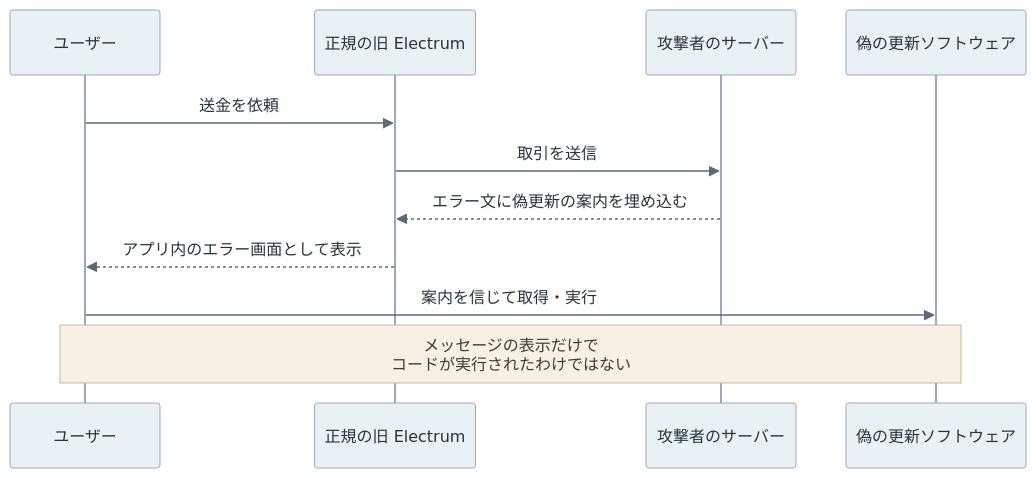
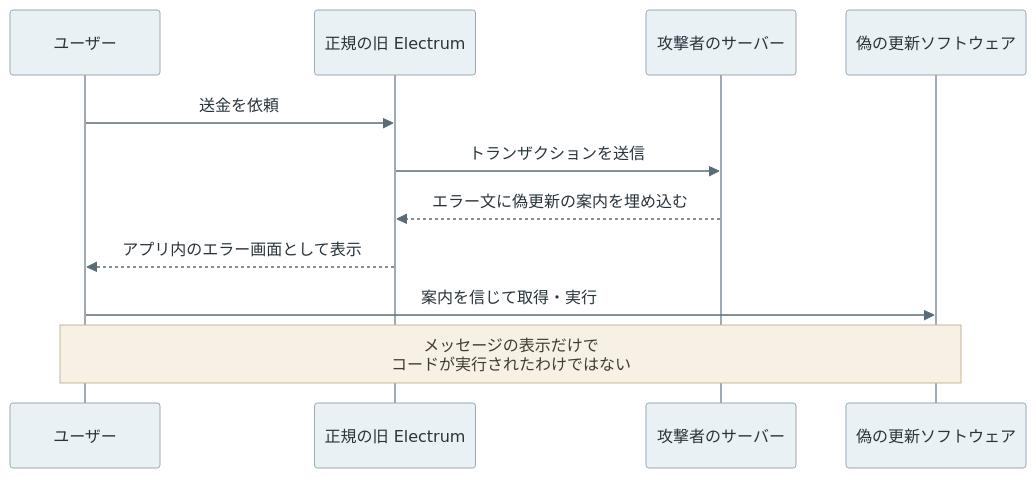
Diagram 11 of 14 in content/notes/blockchain-systems/wallet/index.md (nao1215/debimate), drawn with Mermaid before and after one commit. The commit also changed other lines of this file and 4 other files, not shown here.

````diff
--- a/content/notes/blockchain-systems/wallet/index.md
+++ b/content/notes/blockchain-systems/wallet/index.md
@@ -577,14 +577,14 @@
 ```mermaid
 %%{init: {"theme":"base","themeVariables":{"primaryColor":"#eaf1f5","primaryTextColor":"#28343b","primaryBorderColor":"#9cabb5","lineColor":"#596b76","textColor":"#28343b","actorBkg":"#eaf1f5","actorBorder":"#9cabb5","actorTextColor":"#28343b","actorLineColor":"#9cabb5","signalColor":"#596b76","signalTextColor":"#28343b","noteBkgColor":"#f7f1e5","noteBorderColor":"#c5b99b","noteTextColor":"#403c32","activationBkgColor":"#edf3ef","activationBorderColor":"#9aafa1"}}}%%
 sequenceDiagram
     participant U as ユーザー
     participant W as 正規の旧 Electrum
     participant S as 攻撃者のサーバー
     participant M as 偽の更新ソフトウェア
     U->>W: 送金を依頼
-    W->>S: 取引を送信
+    W->>S: トランザクションを送信
     S-->>W: エラー文に偽更新の案内を埋め込む
     W-->>U: アプリ内のエラー画面として表示
     U->>M: 案内を信じて取得・実行
     Note over U,M: メッセージの表示だけで<br/>コードが実行されたわけではない
 ```
````
